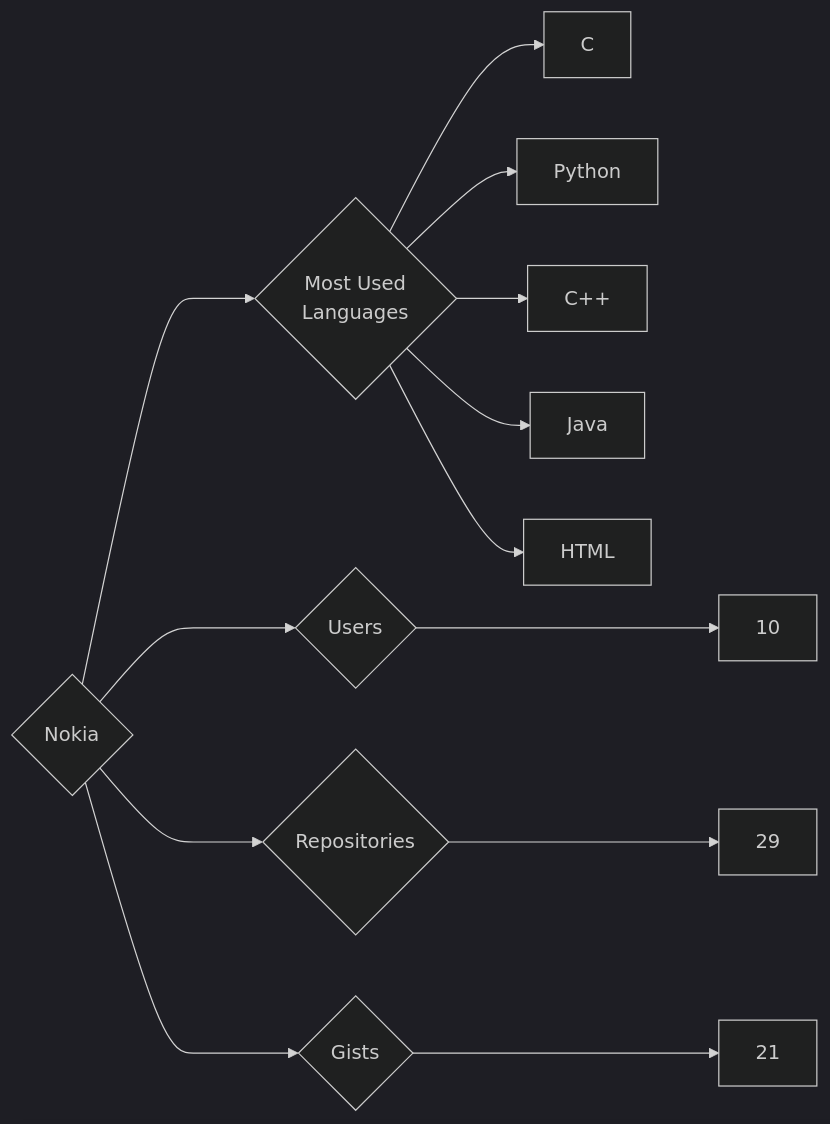
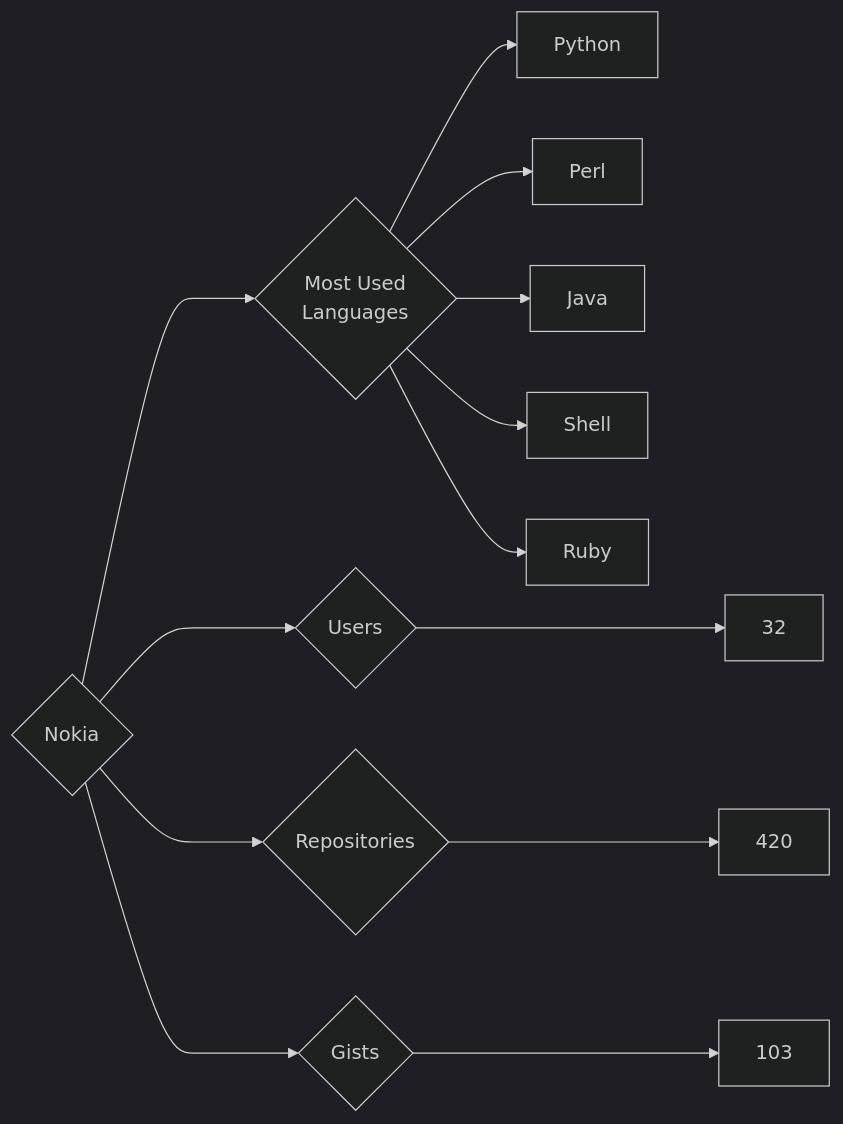
One commit to trickest/insiders changed the diagram in targets/Nokia/README.md. Above: the diagram before and after it, drawn with Mermaid (dark theme). The commit also changed 796 other files, not shown here.

````diff
--- a/targets/Nokia/README.md
+++ b/targets/Nokia/README.md
@@ -3,13 +3,13 @@
 ```mermaid
 graph LR
 COMPANY_NAME{Nokia}
-COMPANY_NAME ---> U{Users} ---> UN[10]
-COMPANY_NAME ---> R{Repositories} ---> RN[29]
-COMPANY_NAME ---> G{Gists} ---> GN[21]
+COMPANY_NAME ---> U{Users} ---> UN[32]
+COMPANY_NAME ---> R{Repositories} ---> RN[420]
+COMPANY_NAME ---> G{Gists} ---> GN[103]
 COMPANY_NAME ---> ML{Most Used<br>Languages}
-ML --> C[C]
 ML --> Python[Python]
-ML --> C++[C++]
+ML --> Perl[Perl]
 ML --> Java[Java]
-ML --> HTML[HTML]
+ML --> Shell[Shell]
+ML --> Ruby[Ruby]
 ```
````
